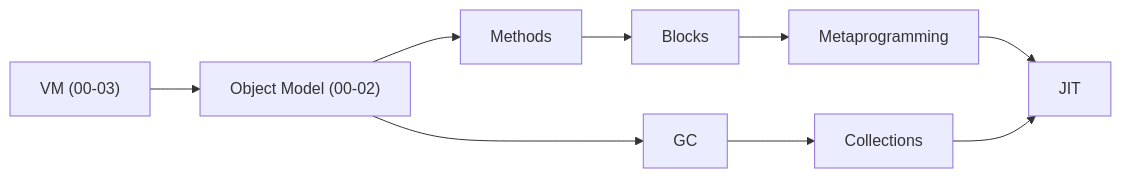
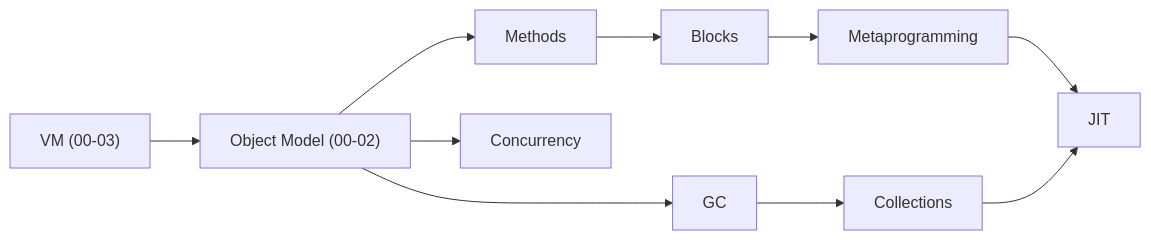
One commit to AlexeyMatskevich/cs-notes changed the diagram in ruby/internal/internals.md. Above: the diagram before and after it, drawn with Mermaid. The commit also changed other lines of this file and 28 other files, not shown here.

````diff
--- a/ruby/internal/internals.md
+++ b/ruby/internal/internals.md
@@ -20,8 +23,9 @@
 ```mermaid
 graph LR
     VM["VM (00-03)"] --> OM["Object Model (00-02)"]
     OM --> Methods --> Blocks --> Meta["Metaprogramming"]
     OM --> GC --> Collections
+    OM --> Concurrency
     Meta --> JIT
     Collections --> JIT
 ```
````
